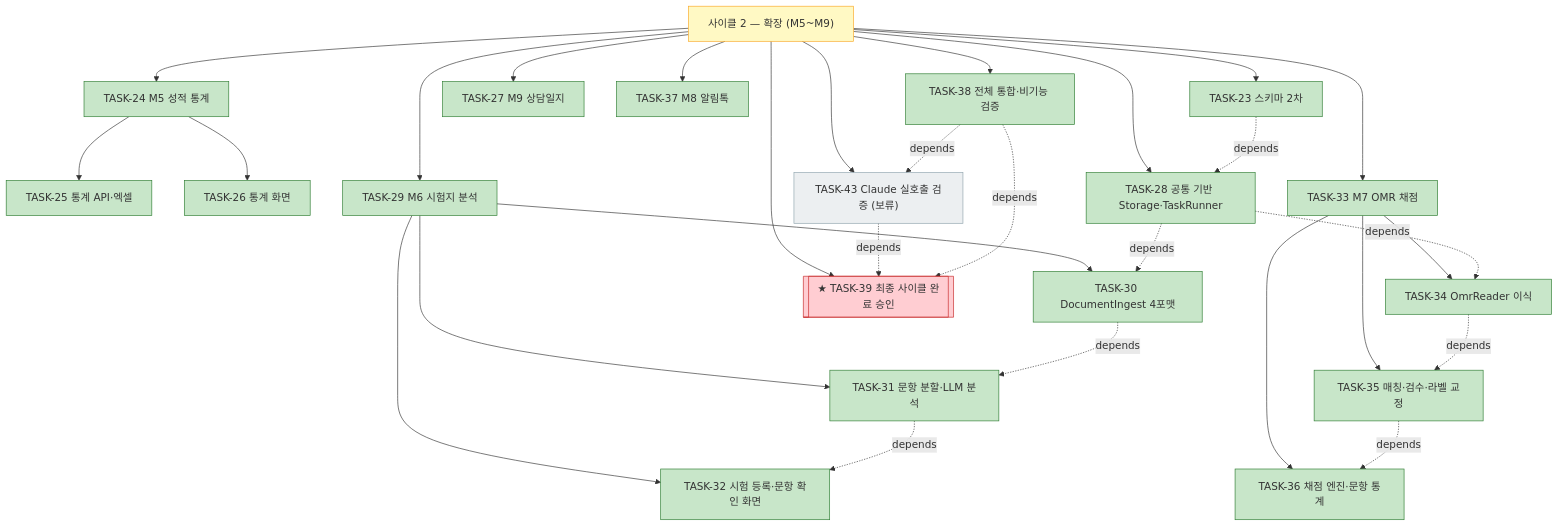
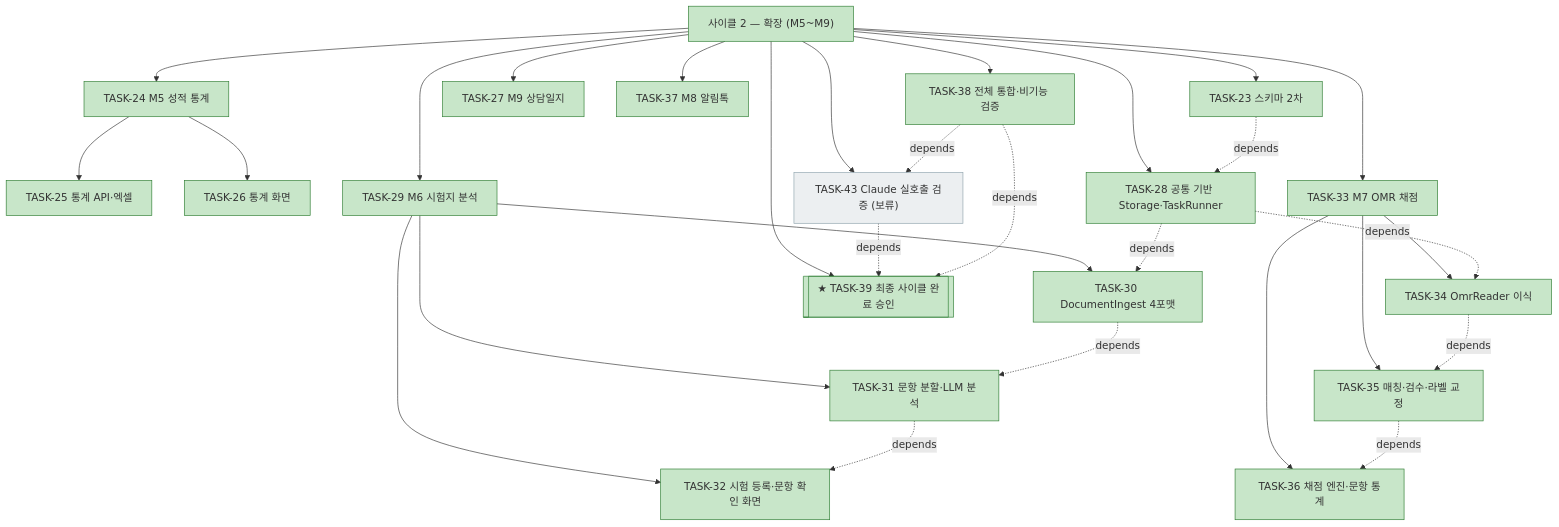
One commit to bluesky5008/mathdesk changed the third of 4 diagrams in docs/plan.md. Above: the diagram before and after it, drawn with Mermaid. The commit also changed other lines of this file and 1 other file, not shown here.

First line of the commit message:
docs: TASK-39 사용자 승인 — 사이클 2 완료

````diff
--- a/docs/plan.md
+++ b/docs/plan.md
@@ -184,36 +184,36 @@
 ```mermaid
 flowchart TD
-    C2["사이클 2 — 확장 (M5~M9)"]:::active
+    C2["사이클 2 — 확장 (M5~M9)"]:::done
     C2 --> T23["TASK-23 스키마 2차"]:::done
     C2 --> T24["TASK-24 M5 성적 통계"]:::done
     T24 --> T25["TASK-25 통계 API·엑셀"]:::done
     T24 --> T26["TASK-26 통계 화면"]:::done
     C2 --> T27["TASK-27 M9 상담일지"]:::done
     C2 --> T28["TASK-28 공통 기반 Storage·TaskRunner"]:::done
     C2 --> T29["TASK-29 M6 시험지 분석"]:::done
     T29 --> T30["TASK-30 DocumentIngest 4포맷"]:::done
     T29 --> T31["TASK-31 문항 분할·LLM 분석"]:::done
     T29 --> T32["TASK-32 시험 등록·문항 확인 화면"]:::done
     C2 --> T33["TASK-33 M7 OMR 채점"]:::done
     T33 --> T34["TASK-34 OmrReader 이식"]:::done
     T33 --> T35["TASK-35 매칭·검수·라벨 교정"]:::done
     T33 --> T36["TASK-36 채점 엔진·문항 통계"]:::done
     C2 --> T37["TASK-37 M8 알림톡"]:::done
     C2 --> T38["TASK-38 전체 통합·비기능 검증"]:::done
     C2 --> T43["TASK-43 Claude 실호출 검증 (보류)"]:::todo
-    C2 --> T39[["★ TASK-39 최종 사이클 완료 승인"]]:::gate
+    C2 --> T39[["★ TASK-39 최종 사이클 완료 승인"]]:::done
     T23 -. depends .-> T28
     T28 -. depends .-> T30
     T30 -. depends .-> T31
     T31 -. depends .-> T32
     T28 -. depends .-> T34
     T34 -. depends .-> T35
     T35 -. depends .-> T36
     T38 -. depends .-> T43
     T43 -. depends .-> T39
     T38 -. depends .-> T39
     classDef done fill:#c8e6c9,stroke:#2e7d32
     classDef active fill:#fff9c4,stroke:#f9a825
     classDef todo fill:#eceff1,stroke:#90a4ae
     classDef gate fill:#ffcdd2,stroke:#c62828
 ```
````
